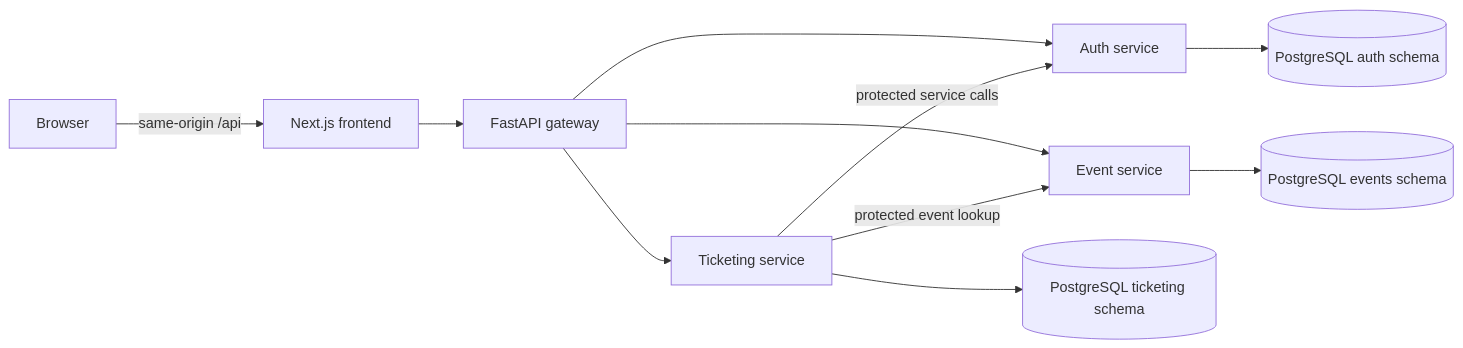
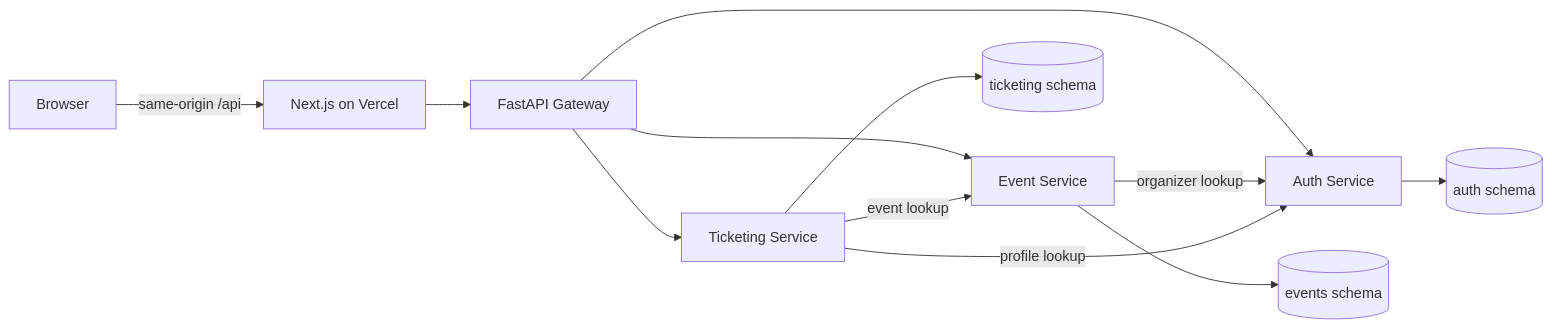
The diagram in README.md (AnshDarji/mnnit-event-ticketing), drawn with Mermaid before and after one commit. The commit also changed other lines of this file, not shown here.

````diff
--- a/README.md
+++ b/README.md
@@ -67,13 +153,14 @@
 ```mermaid
 flowchart LR
-  B[Browser] -->|same-origin /api| F[Next.js frontend]
-  F --> G[FastAPI gateway]
-  G --> A[Auth service]
-  G --> E[Event service]
-  G --> T[Ticketing service]
-  T -->|protected service calls| A
-  T -->|protected event lookup| E
-  A --> D[(PostgreSQL auth schema)]
-  E --> H[(PostgreSQL events schema)]
-  T --> I[(PostgreSQL ticketing schema)]
+  B[Browser] -->|same-origin /api| F[Next.js on Vercel]
+  F --> G[FastAPI Gateway]
+  G --> A[Auth Service]
+  G --> E[Event Service]
+  G --> T[Ticketing Service]
+  E -->|organizer lookup| A
+  T -->|profile lookup| A
+  T -->|event lookup| E
+  A --> DA[(auth schema)]
+  E --> DE[(events schema)]
+  T --> DT[(ticketing schema)]
 ```
````
